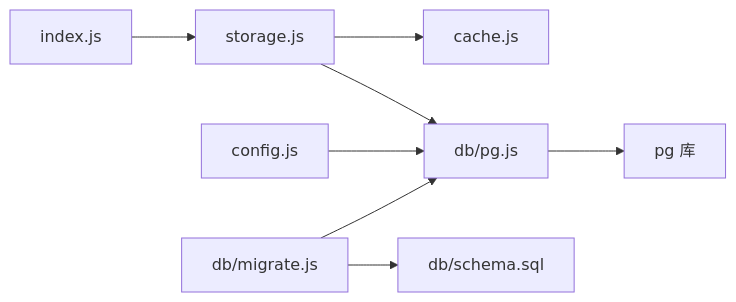
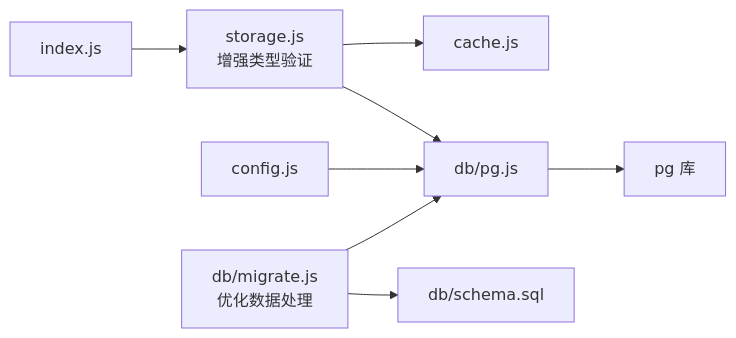
One commit to Giraffe-Han/microAPP changed the sixth of 6 diagrams in .qoder/repowiki/zh/content/后端服务架构/数据存储系统/PostgreSQL数据库集成.md. Above: the diagram before and after it, drawn with Mermaid. The commit also changed other lines of this file and 42 other files, not shown here.

````diff
--- a/.qoder/repowiki/zh/content/后端服务架构/数据存储系统/PostgreSQL数据库集成.md
+++ b/.qoder/repowiki/zh/content/后端服务架构/数据存储系统/PostgreSQL数据库集成.md
@@ -270,10 +275,10 @@
 ```mermaid
 graph LR
-IDX["index.js"] --> ST["storage.js"]
+IDX["index.js"] --> ST["storage.js<br/>增强类型验证"]
 ST --> CA["cache.js"]
 ST --> PG["db/pg.js"]
 PG --> PGLIB["pg 库"]
 CFG["config.js"] --> PG
-MIG["db/migrate.js"] --> PG
+MIG["db/migrate.js<br/>优化数据处理"] --> PG
 MIG --> SCH["db/schema.sql"]
 ```
````
